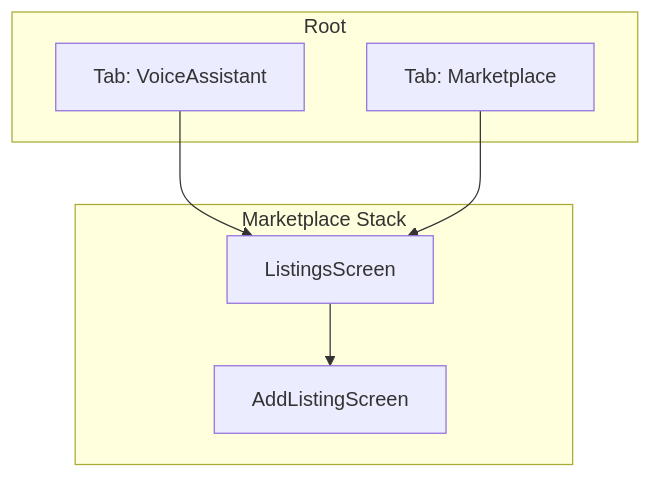
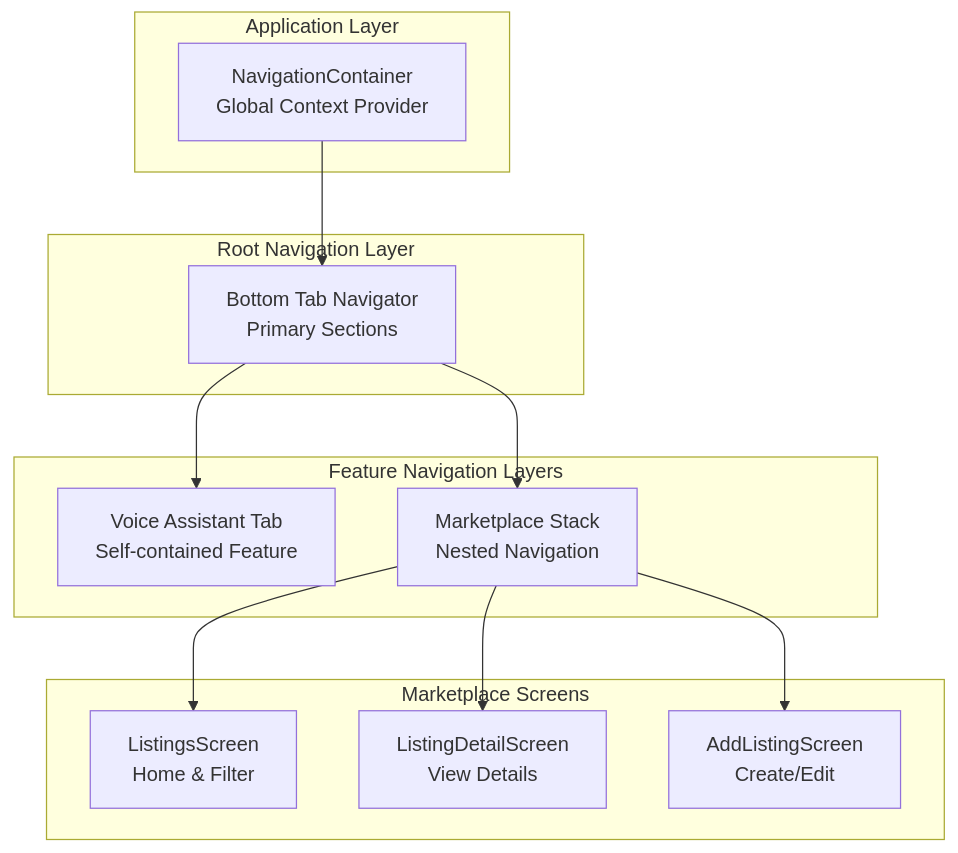
Before and after one commit to Aiman-Naeem/KisaanDost_AI_hackathon_Pakistan: the second of 5 diagrams in .qoder/repowiki/en/content/Navigation System.md, drawn with Mermaid. The commit also changed other lines of this file and 42 other files, not shown here.

Commit message:
Day 2: farmer identity persistence, voice UX polish, listing detail/edit/call, shared design system, QA pass

````diff
--- a/.qoder/repowiki/en/content/Navigation System.md
+++ b/.qoder/repowiki/en/content/Navigation System.md
@@ -83,14 +101,24 @@
 ```mermaid
 graph TB
-subgraph "Root"
-T1["Tab: VoiceAssistant"]
-T2["Tab: Marketplace"]
+subgraph "Application Layer"
+NC["NavigationContainer<br/>Global Context Provider"]
 end
-subgraph "Marketplace Stack"
-S1["ListingsScreen"]
-S2["AddListingScreen"]
+subgraph "Root Navigation Layer"
+BTN["Bottom Tab Navigator<br/>Primary Sections"]
 end
-T1 --> S1
-T2 --> S1
-S1 --> S2
+subgraph "Feature Navigation Layers"
+VA_TAB["Voice Assistant Tab<br/>Self-contained Feature"]
+MARKETPLACE_STACK["Marketplace Stack<br/>Nested Navigation"]
+end
+subgraph "Marketplace Screens"
+LISTINGS["ListingsScreen<br/>Home & Filter"]
+DETAIL["ListingDetailScreen<br/>View Details"]
+ADD_EDIT["AddListingScreen<br/>Create/Edit"]
+end
+NC --> BTN
+BTN --> VA_TAB
+BTN --> MARKETPLACE_STACK
+MARKETPLACE_STACK --> LISTINGS
+MARKETPLACE_STACK --> DETAIL
+MARKETPLACE_STACK --> ADD_EDIT
 ```
````
